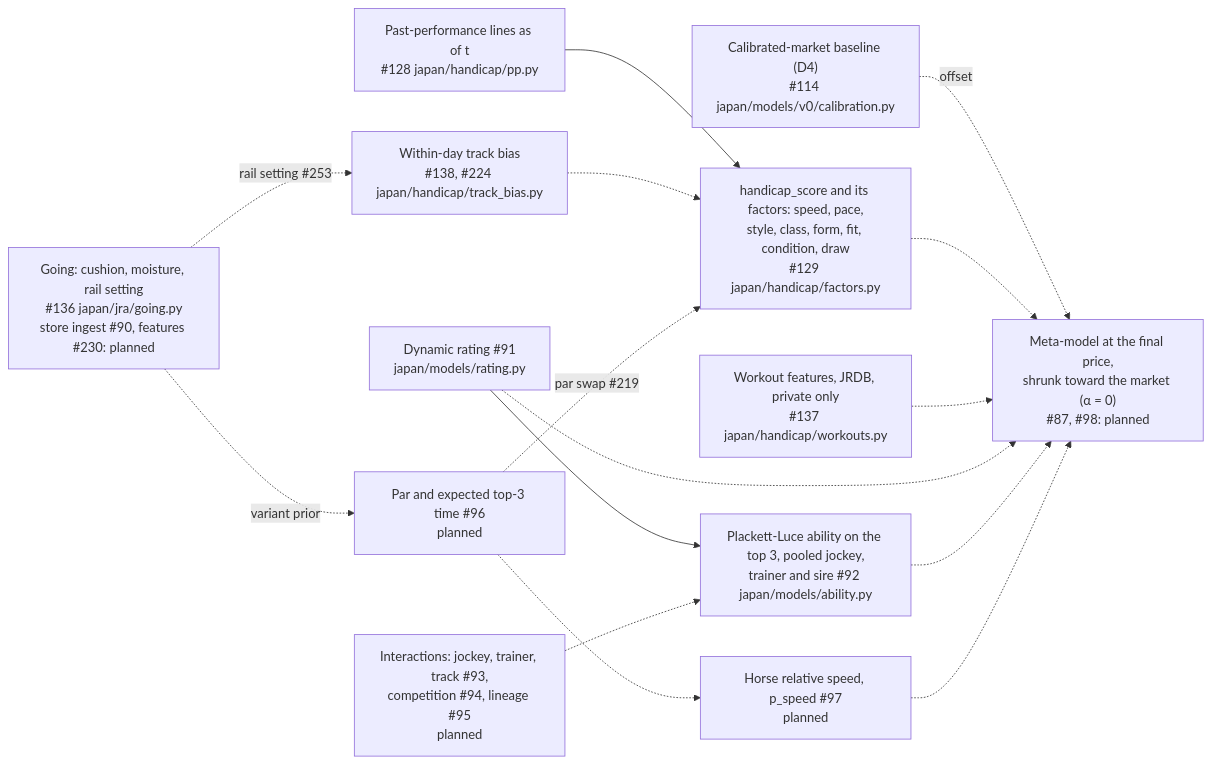
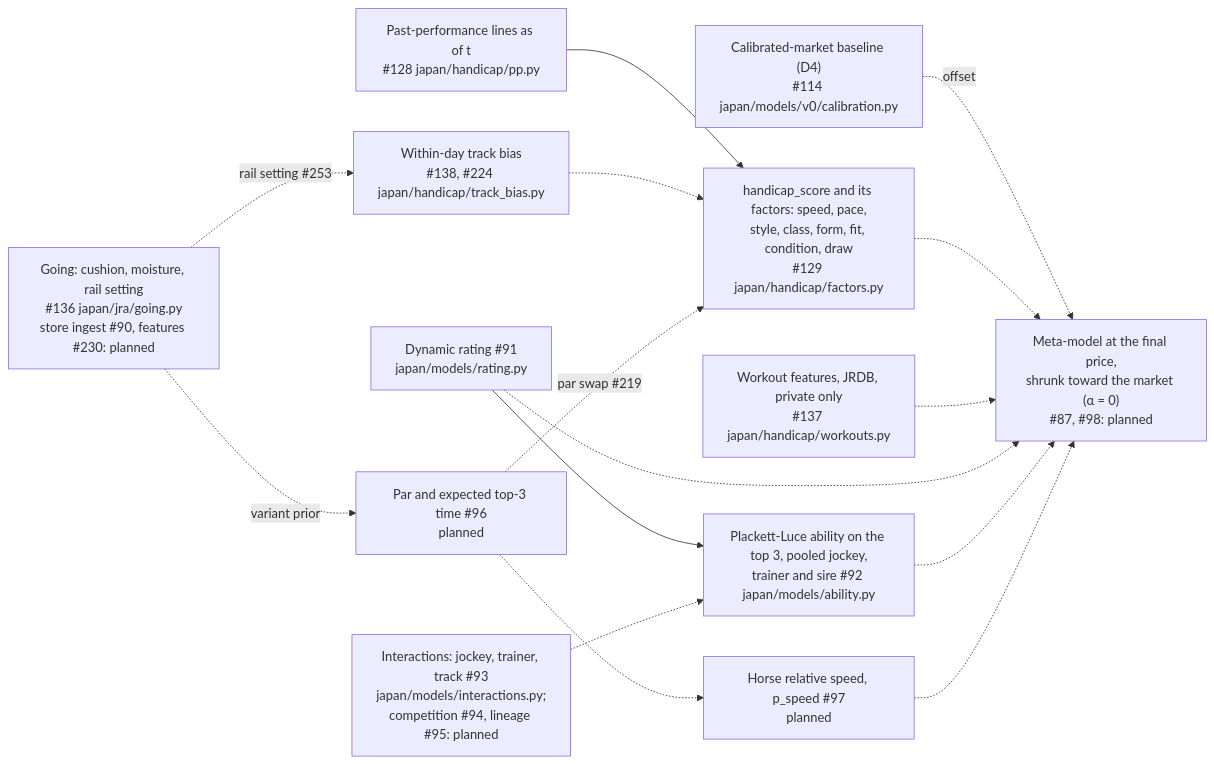
The third of 6 diagrams in docs/modeling.md (rjeskuri/HorseTrackBetting), drawn with Mermaid before and after one commit. The commit also changed other lines of this file and 4 other files, not shown here.

````diff
--- a/docs/modeling.md
+++ b/docs/modeling.md
@@ -139,29 +139,29 @@
 ```mermaid
 flowchart LR
     PP["Past-performance lines as of t<br/>#128 japan/handicap/pp.py"]
     HCP["handicap_score and its factors: speed, pace,<br/>style, class, form, fit, condition, draw<br/>#129 japan/handicap/factors.py"]
     WRK["Workout features, JRDB, private only<br/>#137 japan/handicap/workouts.py"]
     GOING["Going: cushion, moisture, rail setting<br/>#136 japan/jra/going.py<br/>store ingest #90, features #230: planned"]
     BIAS["Within-day track bias<br/>#138, #224 japan/handicap/track_bias.py"]
     RAT["Dynamic rating #91<br/>japan/models/rating.py"]
-    INT["Interactions: jockey, trainer, track #93,<br/>competition #94, lineage #95<br/>planned"]
+    INT["Interactions: jockey, trainer, track #93<br/>japan/models/interactions.py;<br/>competition #94, lineage #95: planned"]
     PL["Plackett-Luce ability on the top 3, pooled jockey,<br/>trainer and sire #92 japan/models/ability.py"]
     PAR["Par and expected top-3 time #96<br/>planned"]
     PSPD["Horse relative speed, p_speed #97<br/>planned"]
     MKT["Calibrated-market baseline (D4)<br/>#114 japan/models/v0/calibration.py"]
     META["Meta-model at the final price,<br/>shrunk toward the market (α = 0)<br/>#87, #98: planned"]
     PP --> HCP
     BIAS -.-> HCP
     PAR -.->|"par swap #219"| HCP
     GOING -.->|"rail setting #253"| BIAS
     GOING -.->|"variant prior"| PAR
     PAR -.-> PSPD
     RAT --> PL
     INT -.-> PL
     MKT -.->|"offset"| META
     HCP -.-> META
     WRK -.-> META
     RAT -.-> META
     PL -.-> META
     PSPD -.-> META
 ```
````
